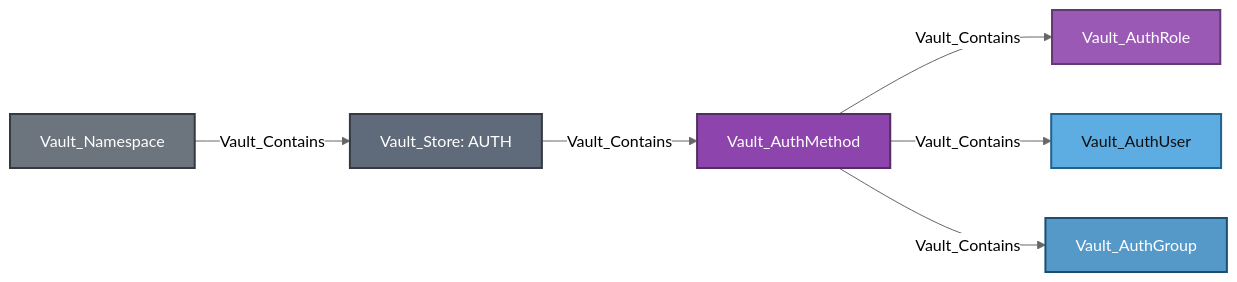
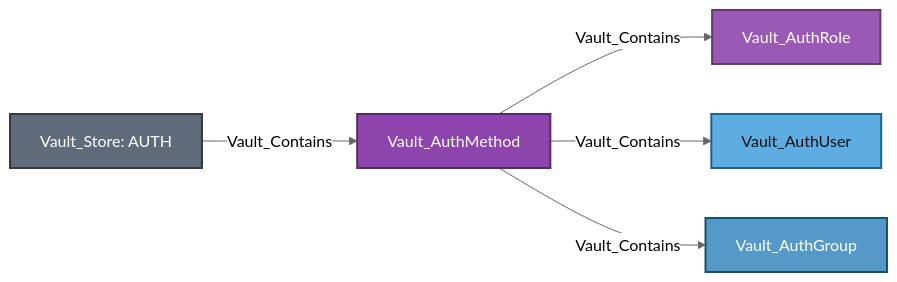
One commit to bytewreck/opengraph-vault changed the first of 28 diagrams in Documentation/stores/AUTH.md. Above: the diagram before and after it, drawn with Mermaid (neutral theme). The commit also changed 1 other file, not shown here.

````diff
--- a/Documentation/stores/AUTH.md
+++ b/Documentation/stores/AUTH.md
@@ -49,15 +49,13 @@
 ```mermaid
 flowchart LR
-    namespace[Vault_Namespace]:::namespaceNode -->|Vault_Contains| store[Vault_Store: AUTH]:::storeNode
-    store -->|Vault_Contains| method[Vault_AuthMethod]:::authMethodNode
+    store[Vault_Store: AUTH]:::storeNode -->|Vault_Contains| method[Vault_AuthMethod]:::authMethodNode
     method -->|Vault_Contains| A[Vault_AuthRole]:::authRoleNode
     method -->|Vault_Contains| B[Vault_AuthUser]:::authUserNode
     method -->|Vault_Contains| C[Vault_AuthGroup]:::authGroupNode
 
-    classDef namespaceNode fill:#6C757D,color:#fff,stroke:#343A40,stroke-width:2px
     classDef storeNode fill:#5F6B7A,color:#fff,stroke:#343A40,stroke-width:2px
     classDef authMethodNode fill:#8E44AD,color:#fff,stroke:#512E5F,stroke-width:2px
     classDef authRoleNode fill:#9B59B6,color:#fff,stroke:#633974,stroke-width:2px
     classDef authUserNode fill:#5DADE2,color:#111,stroke:#21618C,stroke-width:2px
     classDef authGroupNode fill:#5499C7,color:#fff,stroke:#1B4F72,stroke-width:2px
 ```
````
